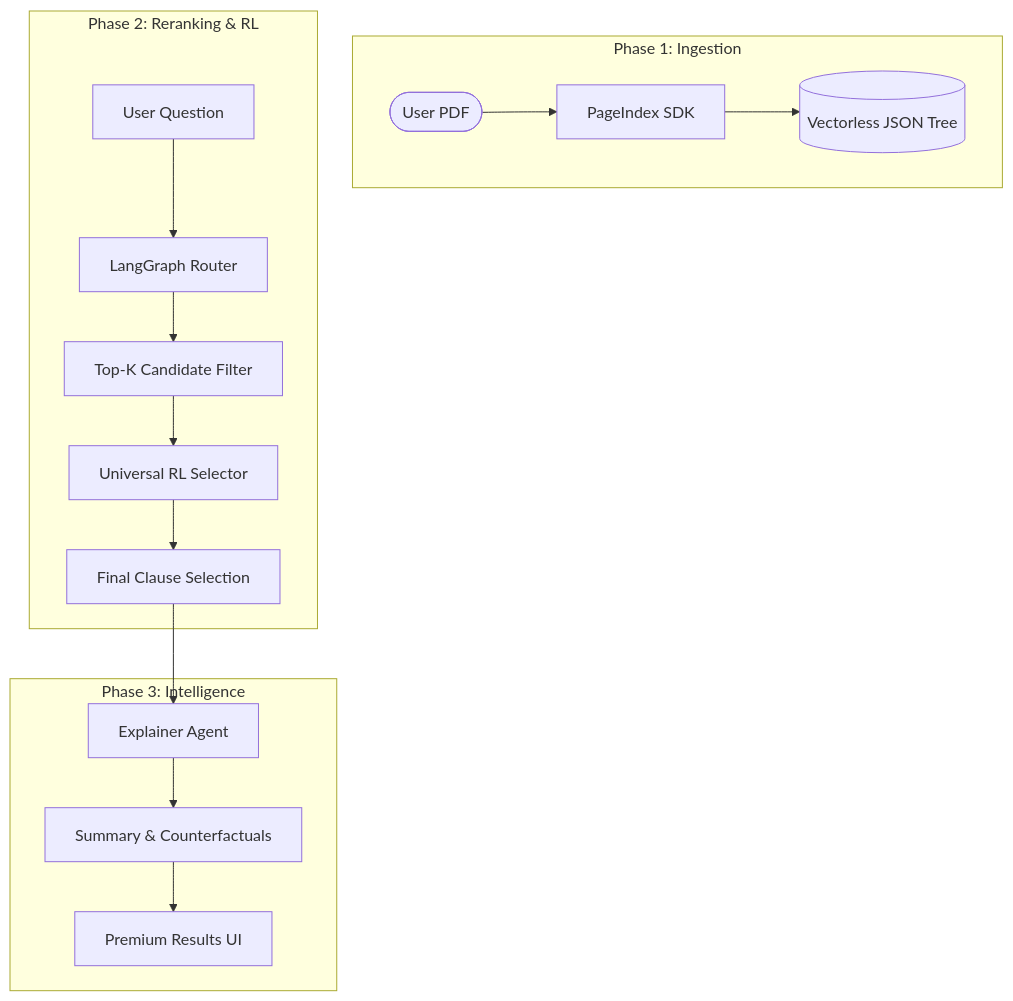
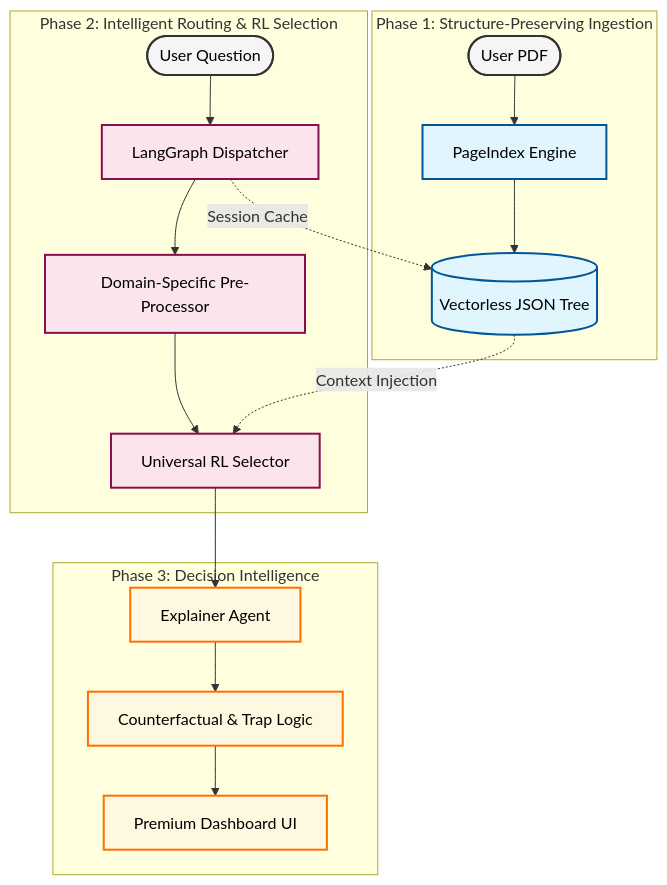
The diagram in README.md (Kanishkp19/Insureclear), drawn with Mermaid before and after one commit.

Commit message:
Upgrade architecture diagram with professional Mermaid styling and clearer logic

````diff
--- a/README.md
+++ b/README.md
@@ -51,20 +51,29 @@
 ```mermaid
 graph TD
-    subgraph "Phase 1: Ingestion"
-        A([User PDF]) --> B[PageIndex SDK]
-        B --> C[(Vectorless JSON Tree)]
+    %% Styling Definitions
+    classDef ingestion fill:#e1f5fe,stroke:#01579b,stroke-width:2px,color:#000;
+    classDef ml fill:#fce4ec,stroke:#880e4f,stroke-width:2px,color:#000;
+    classDef logic fill:#fff8e1,stroke:#ff6f00,stroke-width:2px,color:#000;
+    classDef user fill:#f5f5f5,stroke:#333,stroke-width:2px,color:#000;
+
+    subgraph "Phase 1: Structure-Preserving Ingestion"
+        A([User PDF]):::user --> B[PageIndex Engine]:::ingestion
+        B --> C[(Vectorless JSON Tree)]:::ingestion
     end
     
-    subgraph "Phase 2: Reranking & RL"
-        D[User Question] --> E[LangGraph Router]
-        E --> F[Top-K Candidate Filter]
-        F --> G[Universal RL Selector]
-        G --> H[Final Clause Selection]
+    subgraph "Phase 2: Intelligent Routing & RL Selection"
+        D([User Question]):::user --> E[LangGraph Dispatcher]:::ml
+        E --> F[Domain-Specific Pre-Processor]:::ml
+        F --> G[Universal RL Selector]:::ml
+        C -.->|Context Injection| G
     end
     
-    subgraph "Phase 3: Intelligence"
-        H --> I[Explainer Agent]
-        I --> J[Summary & Counterfactuals]
-        J --> K[Premium Results UI]
+    subgraph "Phase 3: Decision Intelligence"
+        G --> H[Explainer Agent]:::logic
+        H --> I[Counterfactual & Trap Logic]:::logic
+        I --> J[Premium Dashboard UI]:::logic
     end
+
+    %% Key Connections
+    E -.->|Session Cache| C
 ```
````
